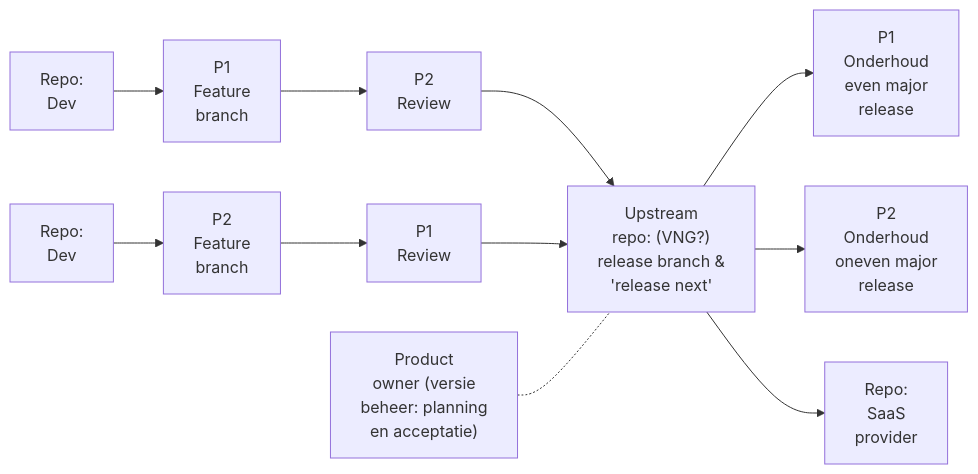
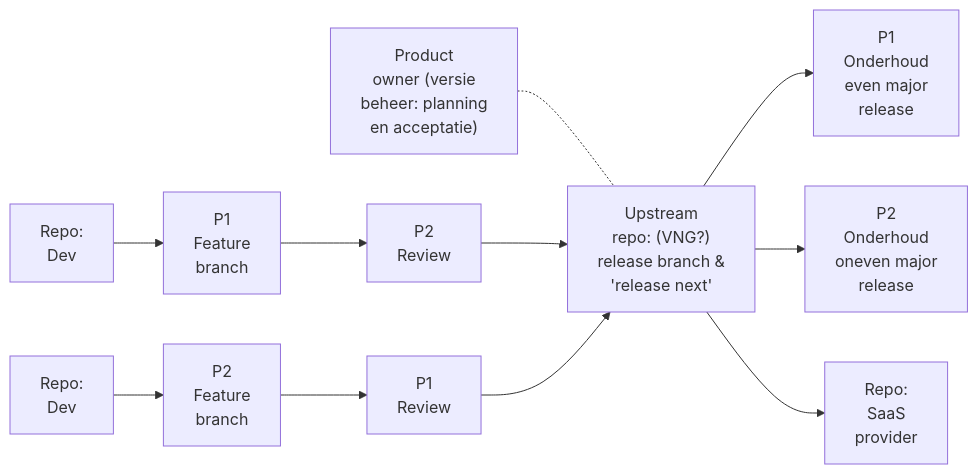
The second of 3 diagrams in docs/verslag-ecosysteem-en-rollen.md (open-zaak/samenwerken), drawn with Mermaid before and after one commit. The commit also changed other lines of this file, not shown here.

````diff
--- a/docs/verslag-ecosysteem-en-rollen.md
+++ b/docs/verslag-ecosysteem-en-rollen.md
@@ -113,45 +113,45 @@
 ```mermaid
 graph LR
     %% Nodes
     
     %% Left Side: Inputs
     Dev1["Repo:<br/>Dev"]
     Dev2["Repo:<br/>Dev"]
     
     %% Top Stream (P1 works, P2 reviews)
     FeatP1["P1<br/>Feature<br/>branch"]
     ReviewP2["P2<br/>Review"]
     
     %% Bottom Stream (P2 works, P1 reviews)
     FeatP2["P2<br/>Feature<br/>branch"]
     ReviewP1["P1<br/>Review"]
 
     %% Center: Upstream & Management
     Upstream["Upstream<br/>repo: (VNG?)<br/>release branch &<br/>'release next'"]
     PO["Product<br/>owner (versie<br/>beheer: planning<br/>en acceptatie)"]
 
     %% Right Side: Outputs / Maintenance
     MaintP1["P1<br/>Onderhoud<br/>even major<br/>release"]
     MaintP2["P2<br/>Onderhoud<br/>oneven major<br/>release"]
     SaaS["Repo:<br/>SaaS<br/>provider"]
 
     %% Connections
     
+    %% PO Logic (dotted line for oversight)
+    PO -.- Upstream
+
     %% Workflow 1
     Dev1 --> FeatP1
     FeatP1 --> ReviewP2
     ReviewP2 --> Upstream
     
     %% Workflow 2
     Dev2 --> FeatP2
     FeatP2 --> ReviewP1
     ReviewP1 --> Upstream
 
-    %% PO Logic (dotted line for oversight)
-    PO -.- Upstream
-
     %% Downstream / Release
     Upstream --> MaintP1
     Upstream --> MaintP2
     Upstream --> SaaS
 ```
````
